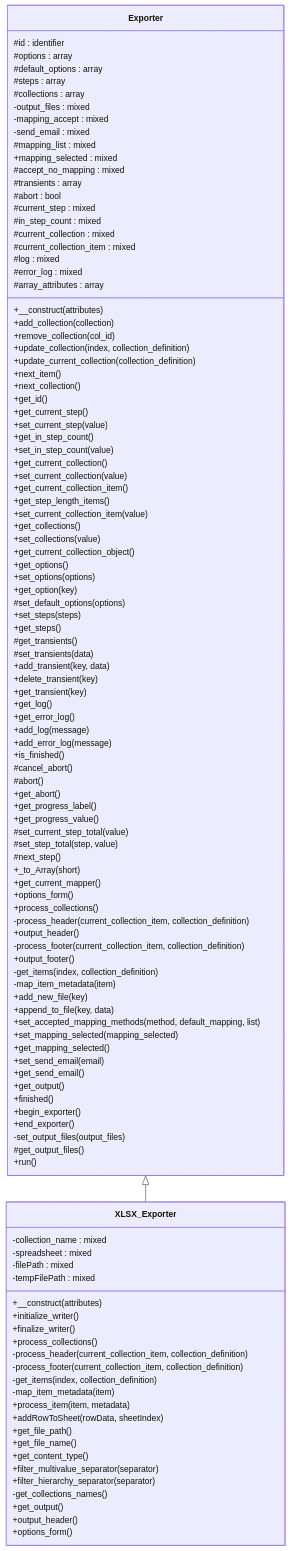
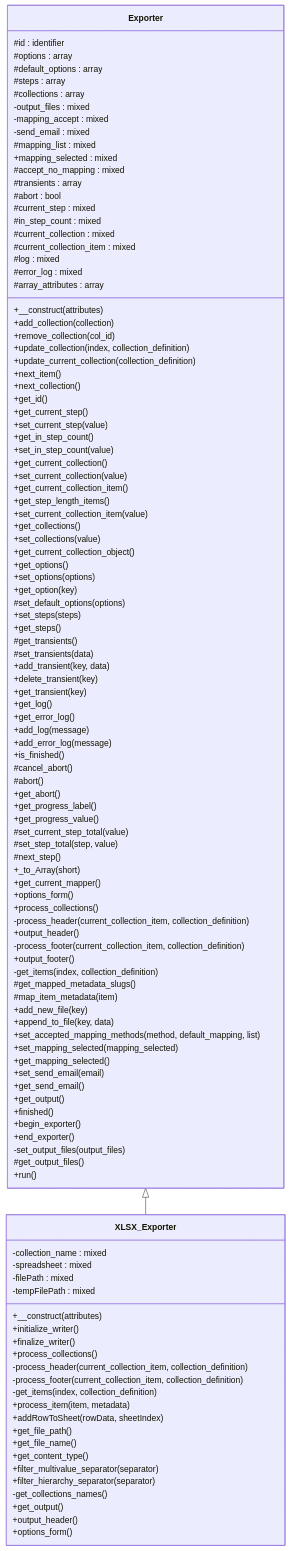
One commit to tainacan/tainacan changed the diagram in docs/phpdoc/classes/Tainacan/Exporter/XLSX_Exporter.mmd. Above: the diagram before and after it, drawn with Mermaid. The commit also changed 14 other files, not shown here.

```diff
--- a/docs/phpdoc/classes/Tainacan/Exporter/XLSX_Exporter.mmd
+++ b/docs/phpdoc/classes/Tainacan/Exporter/XLSX_Exporter.mmd
@@ -1,118 +1,118 @@
 classDiagram
     direction TB
     class Exporter {
         #id : identifier
         #options : array
         #default_options : array
         #steps : array
         #collections : array
         -output_files : mixed
         -mapping_accept : mixed
         -send_email : mixed
         #mapping_list : mixed
         +mapping_selected : mixed
         #accept_no_mapping : mixed
         #transients : array
         #abort : bool
         #current_step : mixed
         #in_step_count : mixed
         #current_collection : mixed
         #current_collection_item : mixed
         #log : mixed
         #error_log : mixed
         #array_attributes : array
         +__construct(attributes)
         +add_collection(collection)
         +remove_collection(col_id)
         +update_collection(index, collection_definition)
         +update_current_collection(collection_definition)
         +next_item()
         +next_collection()
         +get_id()
         +get_current_step()
         +set_current_step(value)
         +get_in_step_count()
         +set_in_step_count(value)
         +get_current_collection()
         +set_current_collection(value)
         +get_current_collection_item()
         +get_step_length_items()
         +set_current_collection_item(value)
         +get_collections()
         +set_collections(value)
         +get_current_collection_object()
         +get_options()
         +set_options(options)
         +get_option(key)
         #set_default_options(options)
         +set_steps(steps)
         +get_steps()
         #get_transients()
         #set_transients(data)
         +add_transient(key, data)
         +delete_transient(key)
         +get_transient(key)
         +get_log()
         +get_error_log()
         +add_log(message)
         +add_error_log(message)
         +is_finished()
         #cancel_abort()
         #abort()
         +get_abort()
         +get_progress_label()
         +get_progress_value()
         #set_current_step_total(value)
         #set_step_total(step, value)
         #next_step()
         +_to_Array(short)
         +get_current_mapper()
         +options_form()
         +process_collections()
         -process_header(current_collection_item, collection_definition)
         +output_header()
         -process_footer(current_collection_item, collection_definition)
         +output_footer()
         -get_items(index, collection_definition)
-        -map_item_metadata(item)
+        #get_mapped_metadata_slugs()
+        #map_item_metadata(item)
         +add_new_file(key)
         +append_to_file(key, data)
         +set_accepted_mapping_methods(method, default_mapping, list)
         +set_mapping_selected(mapping_selected)
         +get_mapping_selected()
         +set_send_email(email)
         +get_send_email()
         +get_output()
         +finished()
         +begin_exporter()
         +end_exporter()
         -set_output_files(output_files)
         #get_output_files()
         +run()
     }
     class XLSX_Exporter {
         -collection_name : mixed
         -spreadsheet : mixed
         -filePath : mixed
         -tempFilePath : mixed
         +__construct(attributes)
         +initialize_writer()
         +finalize_writer()
         +process_collections()
         -process_header(current_collection_item, collection_definition)
         -process_footer(current_collection_item, collection_definition)
         -get_items(index, collection_definition)
-        -map_item_metadata(item)
         +process_item(item, metadata)
         +addRowToSheet(rowData, sheetIndex)
         +get_file_path()
         +get_file_name()
         +get_content_type()
         +filter_multivalue_separator(separator)
         +filter_hierarchy_separator(separator)
         -get_collections_names()
         +get_output()
         +output_header()
         +options_form()
     }
     Exporter <|-- XLSX_Exporter
```
